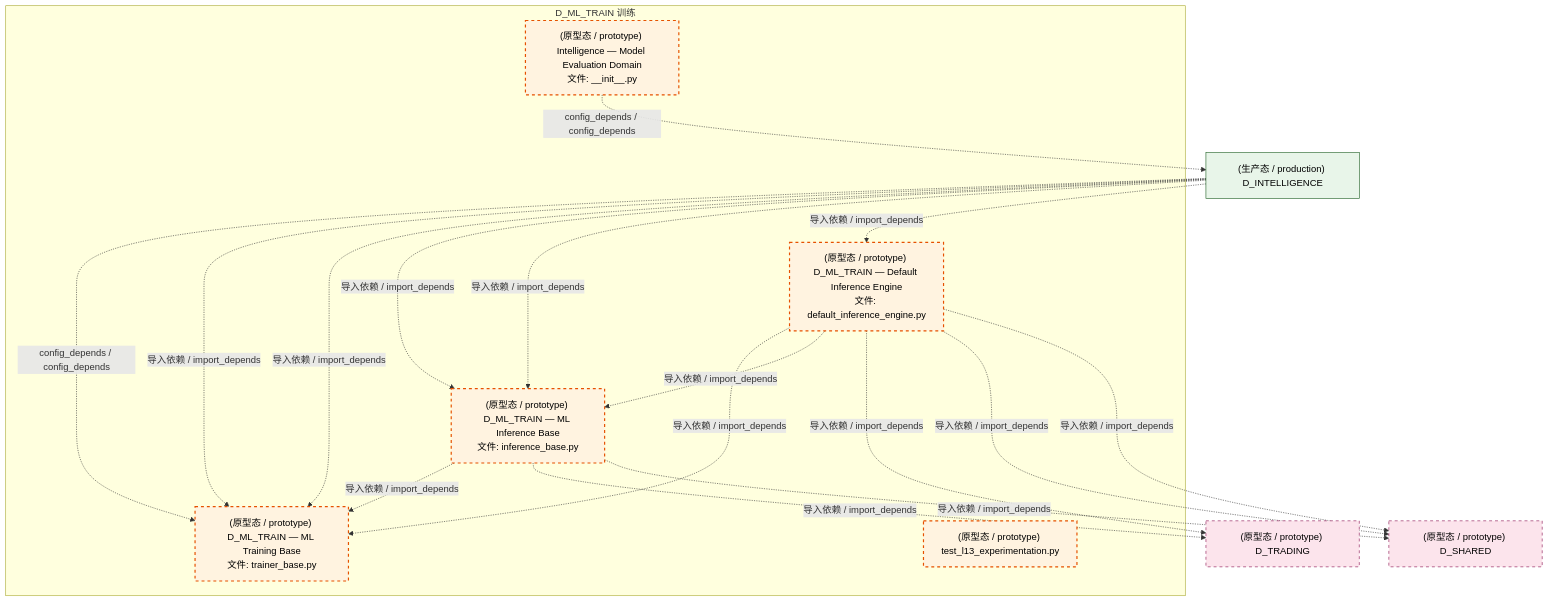
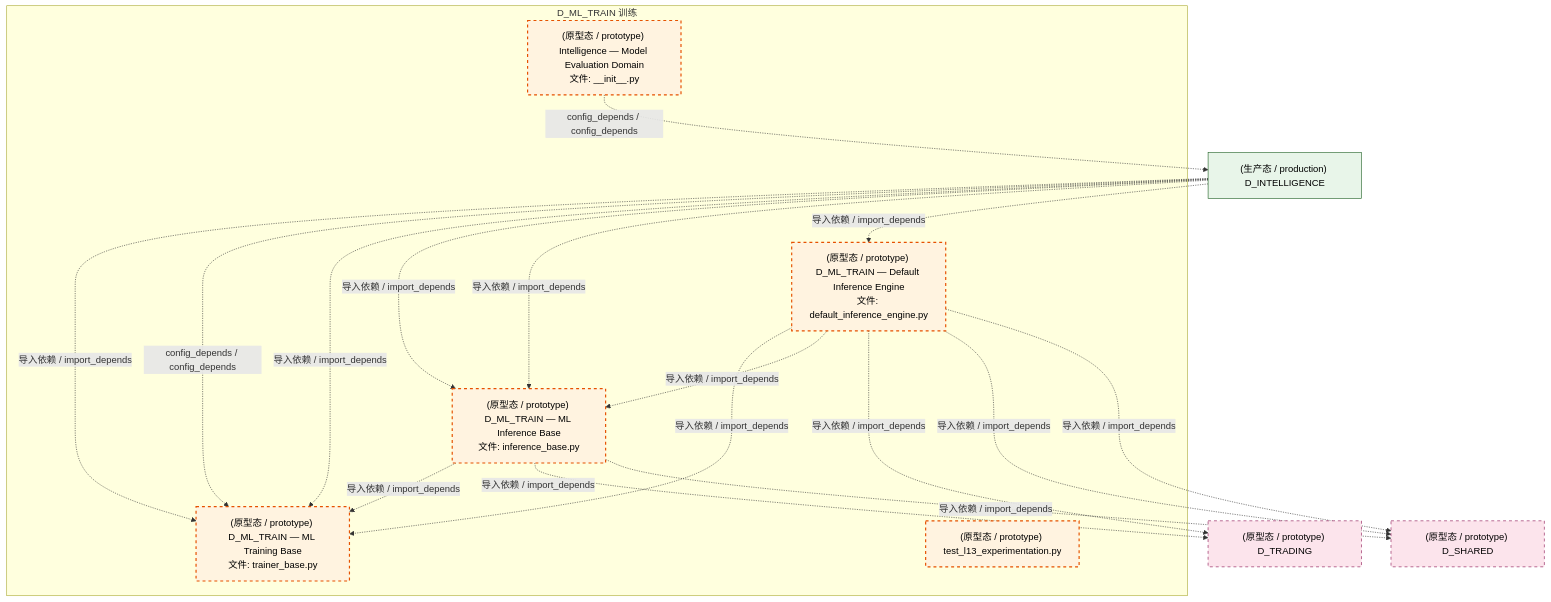
One commit to xuanFelixVan/ZephyrAlpha changed the third of 4 diagrams in docs/02_enterprise_architecture/02_domain_architecture_docs/50_d_ml_train.md. Above: the diagram before and after it, drawn with Mermaid. The commit also changed other lines of this file and 101 other files, not shown here.

````diff
--- a/docs/02_enterprise_architecture/02_domain_architecture_docs/50_d_ml_train.md
+++ b/docs/02_enterprise_architecture/02_domain_architecture_docs/50_d_ml_train.md
@@ -142,35 +142,35 @@
 ```mermaid
 graph TD
     subgraph D_ML_TRAIN["D_ML_TRAIN 训练"]
         src_zephyr_intelligence_model_evaluation_init_py["(原型态 / prototype) Intelligence — Model Evaluation Domain<br/>文件: __init__.py"]
         src_zephyr_ml_train_implementations_default_inference_engine_py["(原型态 / prototype) D_ML_TRAIN — Default Inference Engine<br/>文件: default_inference_engine.py"]
         src_zephyr_ml_train_inference_base_py["(原型态 / prototype) D_ML_TRAIN — ML Inference Base<br/>文件: inference_base.py"]
         src_zephyr_ml_train_trainer_base_py["(原型态 / prototype) D_ML_TRAIN — ML Training Base<br/>文件: trainer_base.py"]
         tests_ml_experiment_test_l13_experimentation_py["(原型态 / prototype) test_l13_experimentation.py"]
     end
     src_zephyr_ml_train_inference_base_py -.->|导入依赖 / import_depends| src_zephyr_ml_train_trainer_base_py
     src_zephyr_ml_train_implementations_default_inference_engine_py -.->|导入依赖 / import_depends| src_zephyr_ml_train_trainer_base_py
     src_zephyr_ml_train_implementations_default_inference_engine_py -.->|导入依赖 / import_depends| src_zephyr_ml_train_inference_base_py
     D_INTELLIGENCE["(生产态 / production) D_INTELLIGENCE"]
     src_zephyr_intelligence_model_evaluation_init_py -.->|config_depends / config_depends| D_INTELLIGENCE
     D_TRADING["(原型态 / prototype) D_TRADING"]
     src_zephyr_ml_train_inference_base_py -.->|导入依赖 / import_depends| D_TRADING
     D_SHARED["(原型态 / prototype) D_SHARED"]
     src_zephyr_ml_train_inference_base_py -.->|导入依赖 / import_depends| D_SHARED
     src_zephyr_ml_train_implementations_default_inference_engine_py -.->|导入依赖 / import_depends| D_TRADING
     src_zephyr_ml_train_implementations_default_inference_engine_py -.->|导入依赖 / import_depends| D_SHARED
     src_zephyr_ml_train_implementations_default_inference_engine_py -.->|导入依赖 / import_depends| D_SHARED
+    D_INTELLIGENCE -.->|导入依赖 / import_depends| src_zephyr_ml_train_trainer_base_py
     D_INTELLIGENCE -.->|config_depends / config_depends| src_zephyr_ml_train_trainer_base_py
-    D_INTELLIGENCE -.->|导入依赖 / import_depends| src_zephyr_ml_train_trainer_base_py
     D_INTELLIGENCE -.->|导入依赖 / import_depends| src_zephyr_ml_train_trainer_base_py
     D_INTELLIGENCE -.->|导入依赖 / import_depends| src_zephyr_ml_train_inference_base_py
     D_INTELLIGENCE -.->|导入依赖 / import_depends| src_zephyr_ml_train_inference_base_py
     D_INTELLIGENCE -.->|导入依赖 / import_depends| src_zephyr_ml_train_implementations_default_inference_engine_py
     classDef production fill:#e1f5fe,stroke:#01579b,stroke-width:2px,color:#000
     classDef design fill:#fff3e0,stroke:#e65100,stroke-width:2px,color:#000,stroke-dasharray: 5 5
     classDef external_prod fill:#e8f5e9,stroke:#1b5e20,stroke-width:1px,color:#000
     classDef external_design fill:#fce4ec,stroke:#880e4f,stroke-width:1px,color:#000,stroke-dasharray: 5 5
     class src_zephyr_intelligence_model_evaluation_init_py,src_zephyr_ml_train_implementations_default_inference_engine_py,src_zephyr_ml_train_inference_base_py,src_zephyr_ml_train_trainer_base_py,tests_ml_experiment_test_l13_experimentation_py design
     class D_INTELLIGENCE external_prod
     class D_TRADING,D_SHARED external_design
 ```
````
